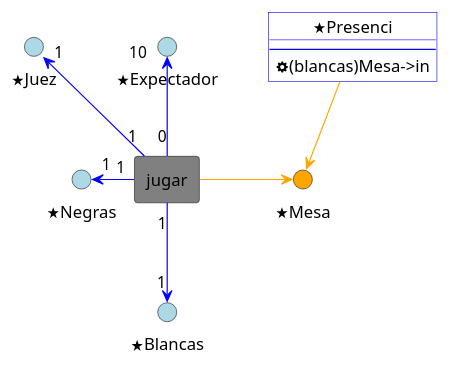
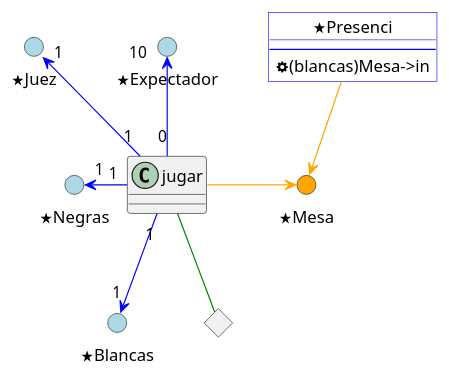
One commit to pablodanielrey/colaborativos changed the second of 2 diagrams in entrega1/desarrollo-de-software.plantuml. Above: the diagram before and after it, drawn with PlantUML. The commit also changed other lines of this file and 1 other file, not shown here.

```diff
--- a/entrega1/desarrollo-de-software.plantuml
+++ b/entrega1/desarrollo-de-software.plantuml
@@ -20,31 +20,34 @@
 @startuml
 allowmixing
 
 skinparam object {
     BackgroundColor #White
     BorderColor #Blue
     BorderStyle dashed
 }
 
 object "<&star>Presenci" as pres {
     --
     <&cog>(blancas)Mesa->in
 }
 
-rectangle jugar #Gray
+
 
 () "<&star>Mesa" as mesa #Orange
 () "<&star>Expectador" as expectador #LightBlue
 () "<&star>Juez" as juez #LightBlue
 () "<&star>Blancas" as blancas #LightBlue
 () "<&star>Negras" as negras #LightBlue
 
+diamond p #Green
+
 jugar -r[#Orange]-> mesa
 jugar "0" -u[#Blue]-> "10" expectador
 jugar "1" -u[#Blue]-> "1" juez
 jugar "1" -d[#Blue]-> "1" blancas
 jugar "1" -l[#Blue]-> "1" negras
+jugar -[#Green]- p
 
 pres -[#Orange]-> mesa
 
 @enduml
```
